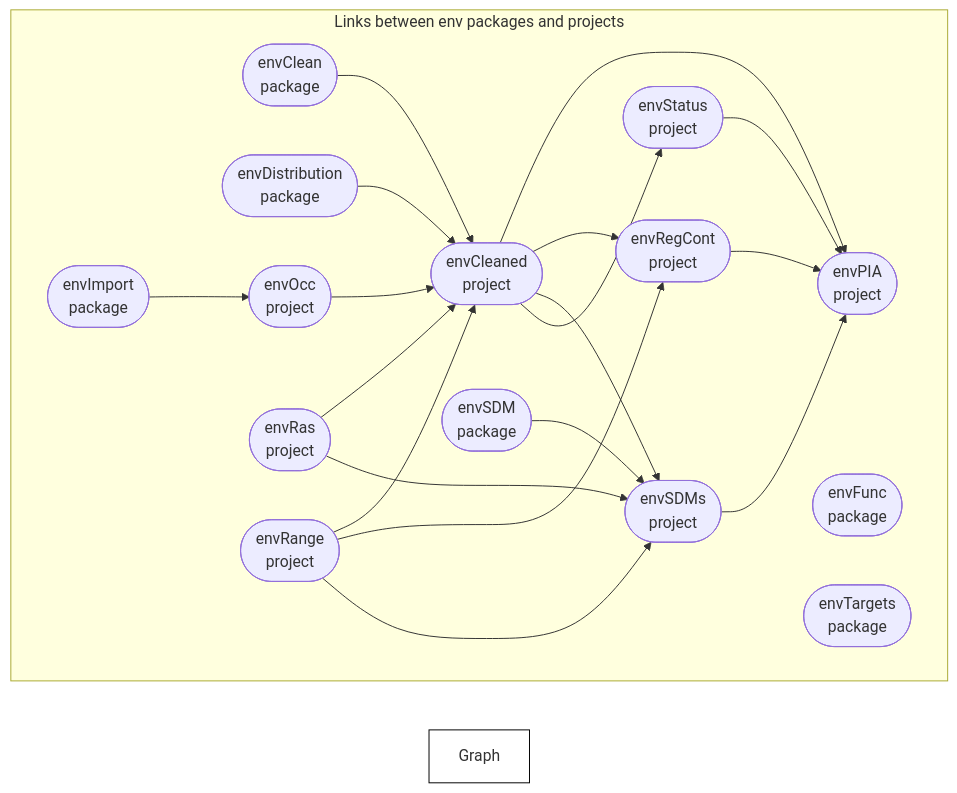
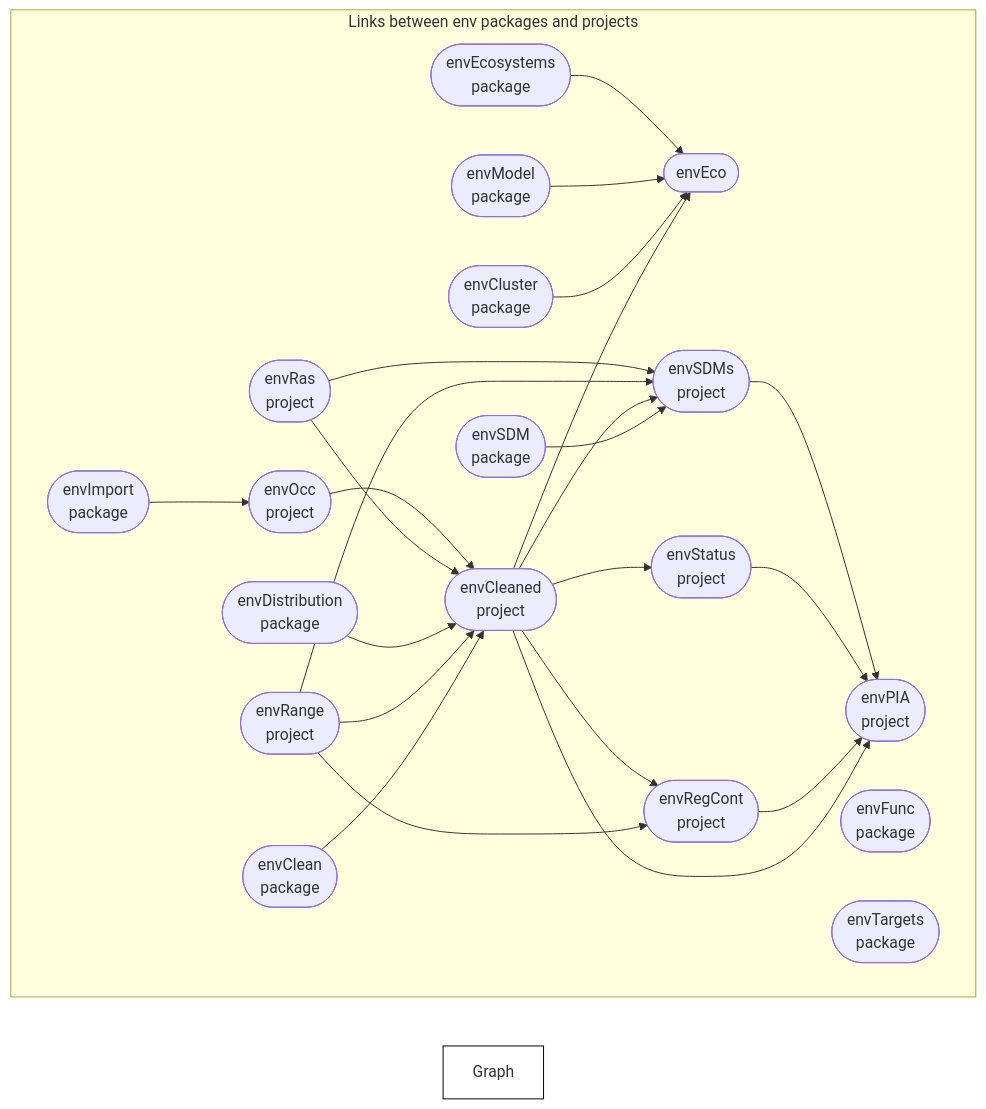
The diagram in profile/README.md (dew-landscapes/.github), drawn with Mermaid before and after one commit. The commit also changed other lines of this file and 2 other files, not shown here.

````diff
--- a/profile/README.md
+++ b/profile/README.md
@@ -45,26 +45,30 @@
 ``` mermaid
 graph LR
   style Graph fill:#FFFFFF00,stroke:#000000;
   subgraph Links between env packages and projects
     direction LR
     x199e33ac94c360fd(["envClean<br>package"]):::queued --> x4e1f08a5bd05b882(["envCleaned<br>project"]):::queued
+    x4f41d9ef8b70ed0e(["envRange<br>project"]):::queued --> x4e1f08a5bd05b882(["envCleaned<br>project"]):::queued
     xb53407deaf8a50f7(["envDistribution<br>package"]):::queued --> x4e1f08a5bd05b882(["envCleaned<br>project"]):::queued
+    x67b5feaf09e4d0ca(["envRas<br>project"]):::queued --> x4e1f08a5bd05b882(["envCleaned<br>project"]):::queued
     x9d3addc2d3c28cb0(["envOcc<br>project"]):::queued --> x4e1f08a5bd05b882(["envCleaned<br>project"]):::queued
-    x67b5feaf09e4d0ca(["envRas<br>project"]):::queued --> x4e1f08a5bd05b882(["envCleaned<br>project"]):::queued
-    x4f41d9ef8b70ed0e(["envRange<br>project"]):::queued --> x4e1f08a5bd05b882(["envCleaned<br>project"]):::queued
+    x4e1f08a5bd05b882(["envCleaned<br>project"]):::queued --> xc70bb609a37b98f0(["envEco"]):::queued
+    x9eca96d789260dc6(["envCluster<br>package"]):::queued --> xc70bb609a37b98f0(["envEco"]):::queued
+    x3c05f6553dd2ee1d(["envModel<br>package"]):::queued --> xc70bb609a37b98f0(["envEco"]):::queued
+    x3c533c4f6ac5a427(["envEcosystems<br>package"]):::queued --> xc70bb609a37b98f0(["envEco"]):::queued
     xa419b1871c902a02(["envImport<br>package"]):::queued --> x9d3addc2d3c28cb0(["envOcc<br>project"]):::queued
     x4e1f08a5bd05b882(["envCleaned<br>project"]):::queued --> x2cb0f2dc918c8a98(["envPIA<br>project"]):::queued
+    x5499a04bf3778295(["envRegCont<br>project"]):::queued --> x2cb0f2dc918c8a98(["envPIA<br>project"]):::queued
+    xf290cd0a0c6ffe34(["envStatus<br>project"]):::queued --> x2cb0f2dc918c8a98(["envPIA<br>project"]):::queued
     xc1054dd4c63b18e0(["envSDMs<br>project"]):::queued --> x2cb0f2dc918c8a98(["envPIA<br>project"]):::queued
-    xf290cd0a0c6ffe34(["envStatus<br>project"]):::queued --> x2cb0f2dc918c8a98(["envPIA<br>project"]):::queued
-    x5499a04bf3778295(["envRegCont<br>project"]):::queued --> x2cb0f2dc918c8a98(["envPIA<br>project"]):::queued
     x4f41d9ef8b70ed0e(["envRange<br>project"]):::queued --> x5499a04bf3778295(["envRegCont<br>project"]):::queued
     x4e1f08a5bd05b882(["envCleaned<br>project"]):::queued --> x5499a04bf3778295(["envRegCont<br>project"]):::queued
     x07cddf360e9b199e(["envSDM<br>package"]):::queued --> xc1054dd4c63b18e0(["envSDMs<br>project"]):::queued
+    x4e1f08a5bd05b882(["envCleaned<br>project"]):::queued --> xc1054dd4c63b18e0(["envSDMs<br>project"]):::queued
+    x4f41d9ef8b70ed0e(["envRange<br>project"]):::queued --> xc1054dd4c63b18e0(["envSDMs<br>project"]):::queued
     x67b5feaf09e4d0ca(["envRas<br>project"]):::queued --> xc1054dd4c63b18e0(["envSDMs<br>project"]):::queued
-    x4f41d9ef8b70ed0e(["envRange<br>project"]):::queued --> xc1054dd4c63b18e0(["envSDMs<br>project"]):::queued
-    x4e1f08a5bd05b882(["envCleaned<br>project"]):::queued --> xc1054dd4c63b18e0(["envSDMs<br>project"]):::queued
     x4e1f08a5bd05b882(["envCleaned<br>project"]):::queued --> xf290cd0a0c6ffe34(["envStatus<br>project"]):::queued
     x6832f874a98057bb(["envFunc<br>package"]):::queued
     xb03046fba8fa1b84(["envTargets<br>package"]):::queued
   end
 ```
````
